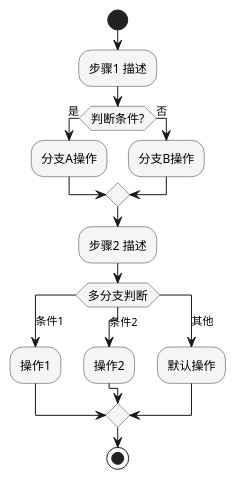
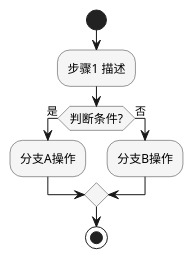
Before and after one commit to aiimoyu/hyper-designer: the first of 2 diagrams in src/skills/hyper-designer/functional-refinement/references/functional-list-template.md, drawn with PlantUML. The commit also changed other lines of this file and 9 other files, not shown here.

````diff
--- a/src/skills/hyper-designer/functional-refinement/references/functional-list-template.md
+++ b/src/skills/hyper-designer/functional-refinement/references/functional-list-template.md
@@ -86,31 +78,20 @@
 ```plantuml
 @startuml {功能名称}_活动图
 skinparam activity {
   BackgroundColor #F5F5F5
   BorderColor #333333
   FontSize 12
 }
 
 start
 :步骤1 描述;
 
 if (判断条件?) then (是)
   :分支A操作;
 else (否)
   :分支B操作;
 endif
 
-:步骤2 描述;
-
-switch (多分支判断)
-case (条件1)
-  :操作1;
-case (条件2)
-  :操作2;
-case (其他)
-  :默认操作;
-endswitch
-
 stop
 @enduml
 ```
````
